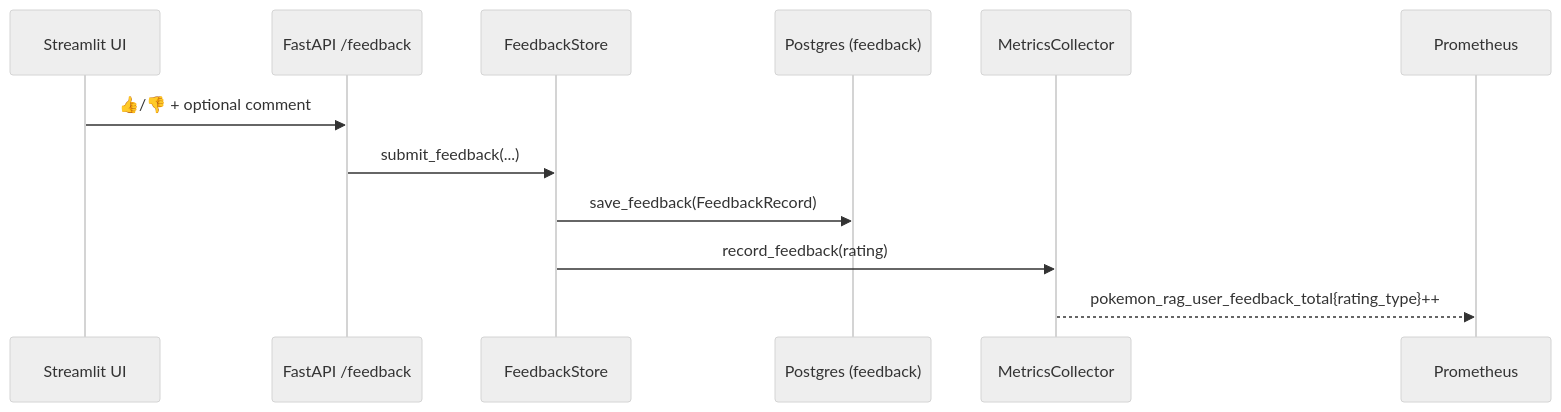
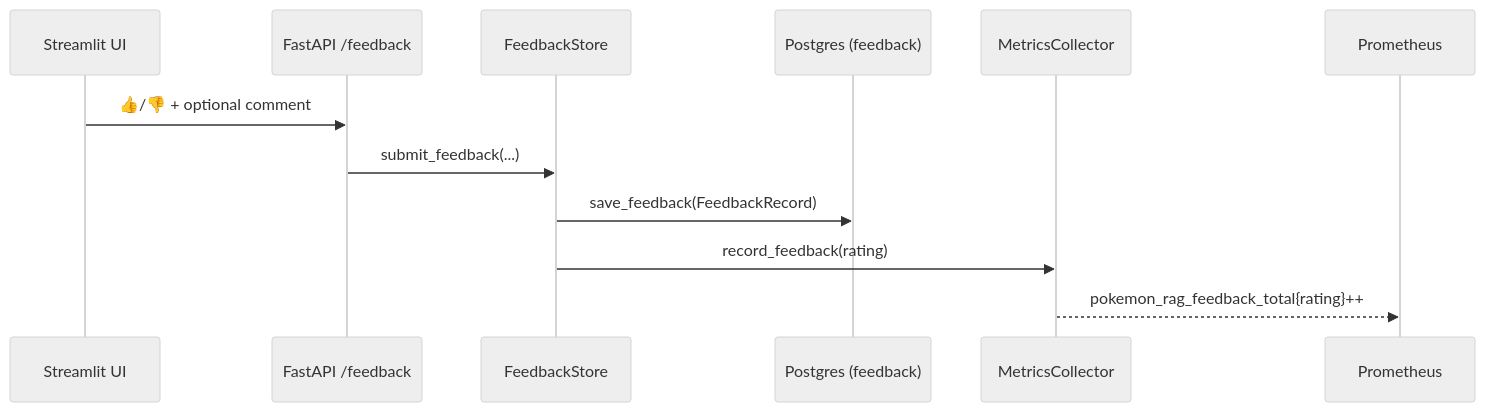
Before and after one commit to igmriegel/PokeRAG: the second of 2 diagrams in docs/01_architecture/Observability.md, drawn with Mermaid (neutral theme). The commit also changed other lines of this file and 30 other files, not shown here.

````diff
--- a/docs/01_architecture/Observability.md
+++ b/docs/01_architecture/Observability.md
@@ -177,13 +177,13 @@
 ```mermaid
 sequenceDiagram
     participant UI as Streamlit UI
     participant API as FastAPI /feedback
     participant FS as FeedbackStore
     participant DB as Postgres (feedback)
     participant MC as MetricsCollector
     UI->>API: 👍/👎 + optional comment
     API->>FS: submit_feedback(...)
     FS->>DB: save_feedback(FeedbackRecord)
     FS->>MC: record_feedback(rating)
-    MC-->>Prometheus: pokemon_rag_user_feedback_total{rating_type}++
+    MC-->>Prometheus: pokemon_rag_feedback_total{rating}++
 ```
````
